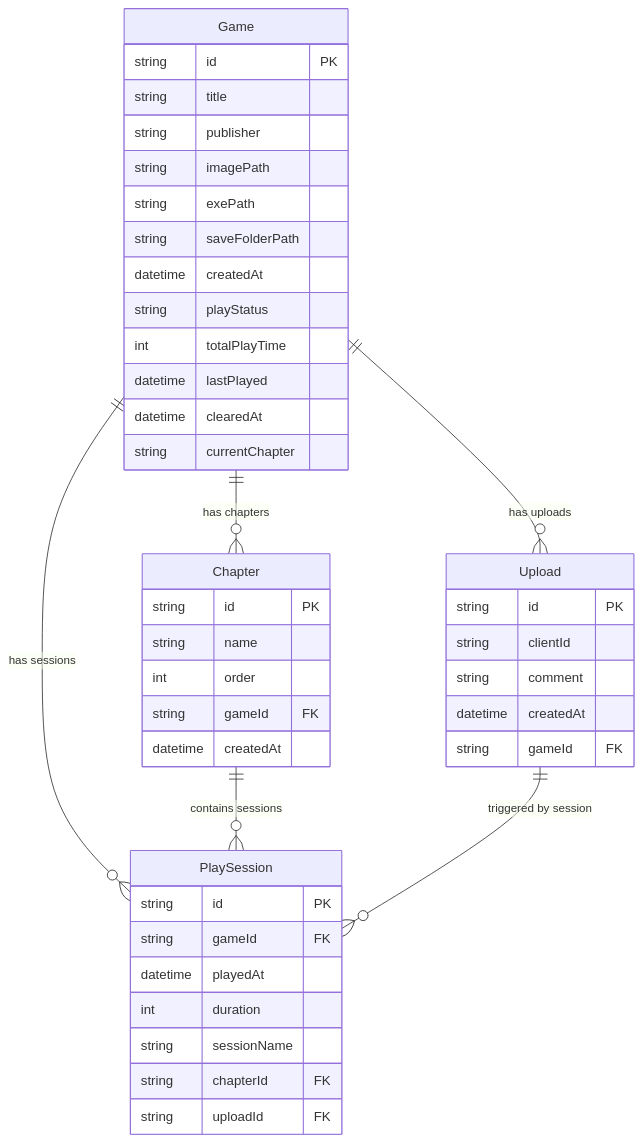
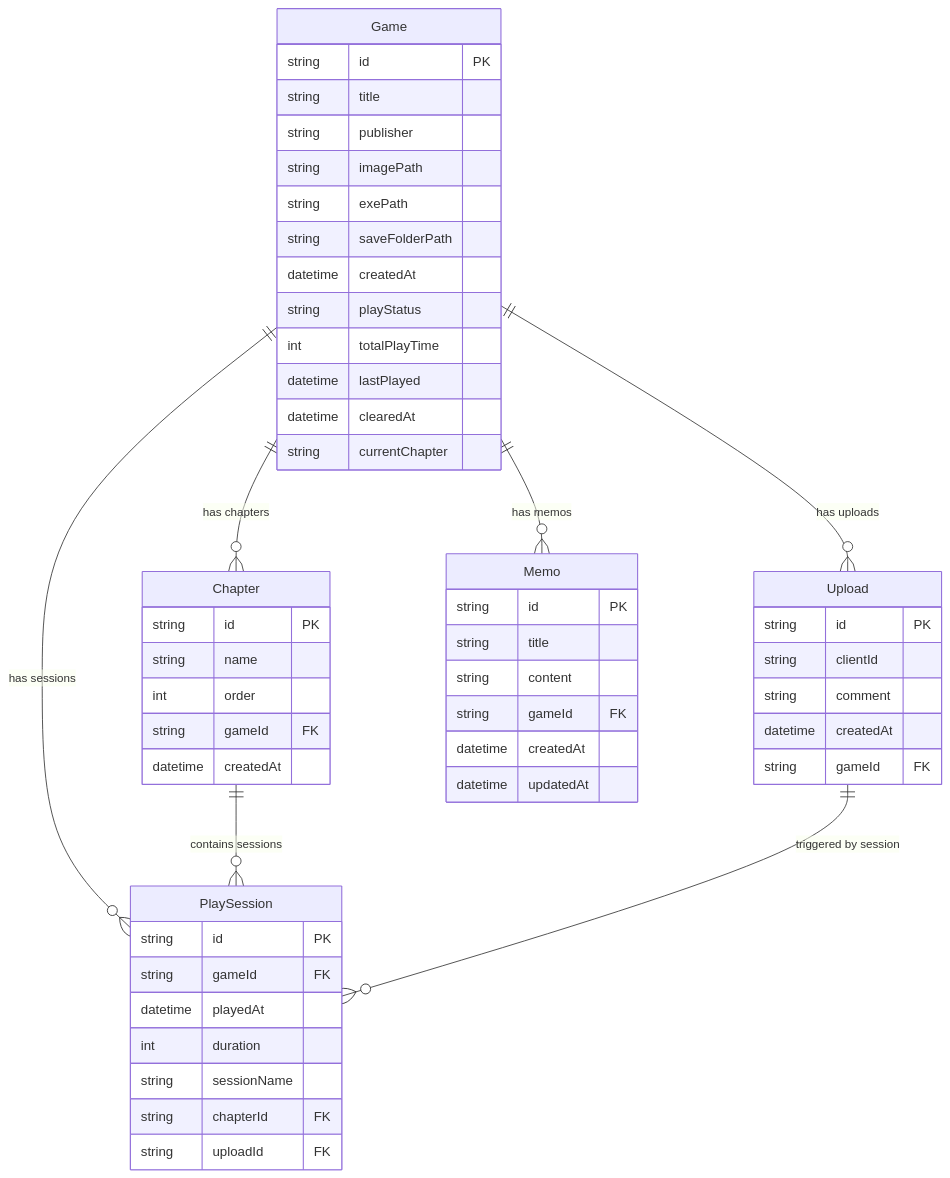
One commit to fuyu28/CloudLaunch changed the diagram in docs/DATABASE_SPECIFICATION.md. Above: the diagram before and after it, drawn with Mermaid. The commit also changed other lines of this file and 8 other files, not shown here.

````diff
--- a/docs/DATABASE_SPECIFICATION.md
+++ b/docs/DATABASE_SPECIFICATION.md
@@ -251,49 +304,59 @@
 ```mermaid
 erDiagram
     Game {
         string id PK
         string title
         string publisher
         string imagePath
         string exePath
         string saveFolderPath
         datetime createdAt
         string playStatus
         int totalPlayTime
         datetime lastPlayed
         datetime clearedAt
         string currentChapter
     }
 
     PlaySession {
         string id PK
         string gameId FK
         datetime playedAt
         int duration
         string sessionName
         string chapterId FK
         string uploadId FK
     }
 
     Chapter {
         string id PK
         string name
         int order
         string gameId FK
         datetime createdAt
     }
 
     Upload {
         string id PK
         string clientId
         string comment
         datetime createdAt
         string gameId FK
     }
 
+    Memo {
+        string id PK
+        string title
+        string content
+        string gameId FK
+        datetime createdAt
+        datetime updatedAt
+    }
+
     Game ||--o{ PlaySession : "has sessions"
     Game ||--o{ Chapter : "has chapters"
     Game ||--o{ Upload : "has uploads"
+    Game ||--o{ Memo : "has memos"
     Chapter ||--o{ PlaySession : "contains sessions"
     Upload ||--o{ PlaySession : "triggered by session"
 ```
````
